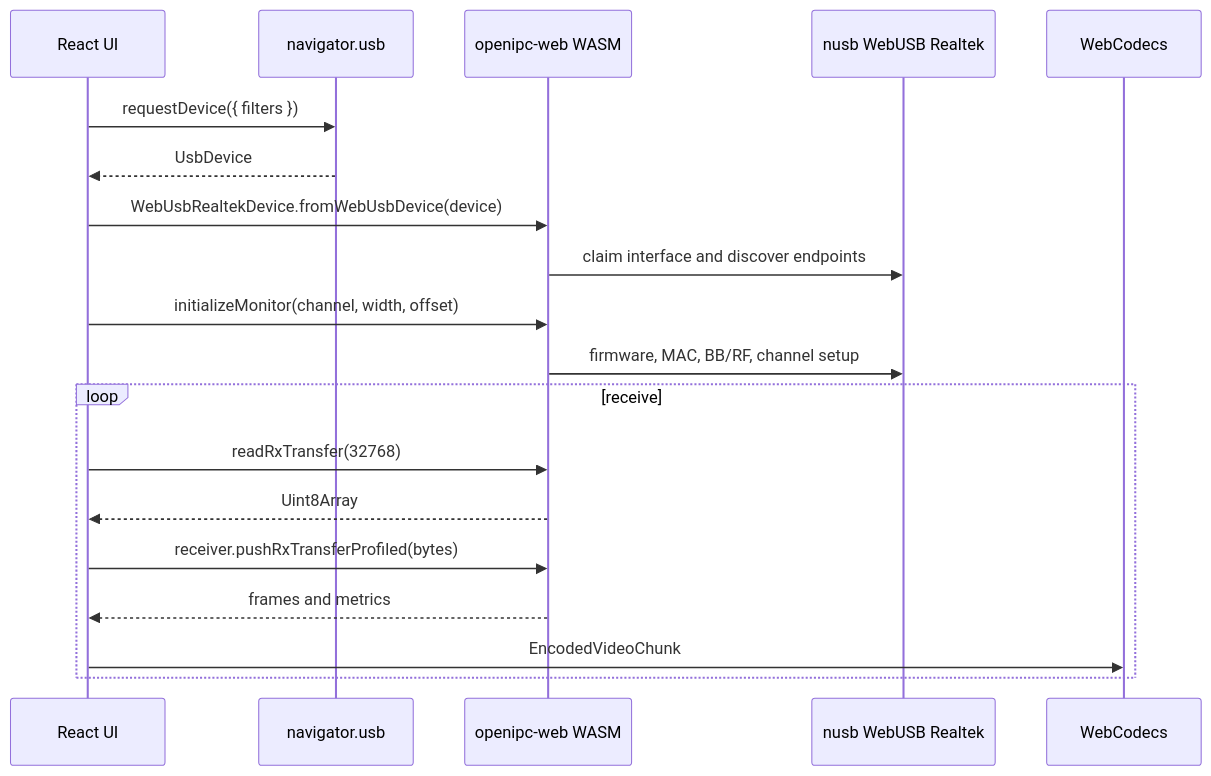
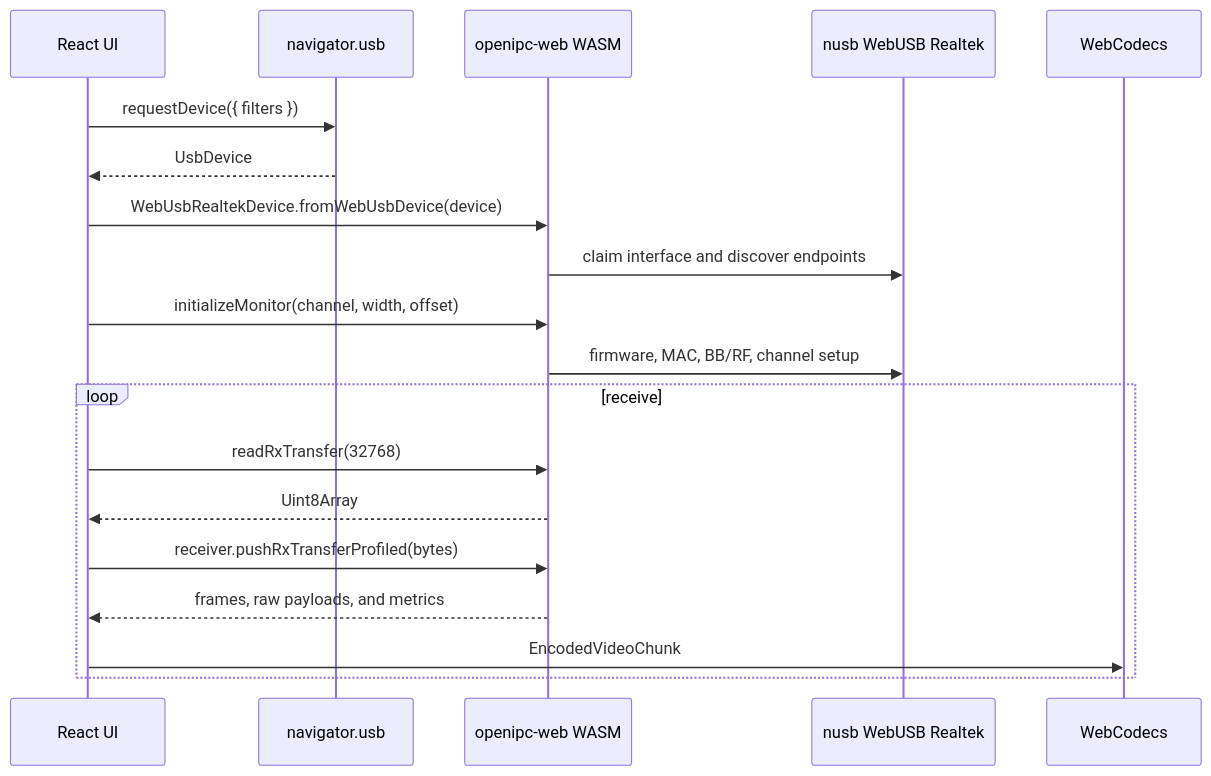
One commit to neelsani/openipc-rs changed the diagram in docs/docs/wasm-sdk.md. Above: the diagram before and after it, drawn with Mermaid. The commit also changed other lines of this file and 74 other files, not shown here.

````diff
--- a/docs/docs/wasm-sdk.md
+++ b/docs/docs/wasm-sdk.md
@@ -28,22 +28,22 @@
 ```mermaid
 sequenceDiagram
     participant UI as React UI
     participant USB as navigator.usb
     participant WASM as openipc-web WASM
     participant RTL as nusb WebUSB Realtek
     participant Codec as WebCodecs
 
     UI->>USB: requestDevice({ filters })
     USB-->>UI: UsbDevice
     UI->>WASM: WebUsbRealtekDevice.fromWebUsbDevice(device)
     WASM->>RTL: claim interface and discover endpoints
     UI->>WASM: initializeMonitor(channel, width, offset)
     WASM->>RTL: firmware, MAC, BB/RF, channel setup
     loop receive
         UI->>WASM: readRxTransfer(32768)
         WASM-->>UI: Uint8Array
         UI->>WASM: receiver.pushRxTransferProfiled(bytes)
-        WASM-->>UI: frames and metrics
+        WASM-->>UI: frames, raw payloads, and metrics
         UI->>Codec: EncodedVideoChunk
     end
 ```
````
